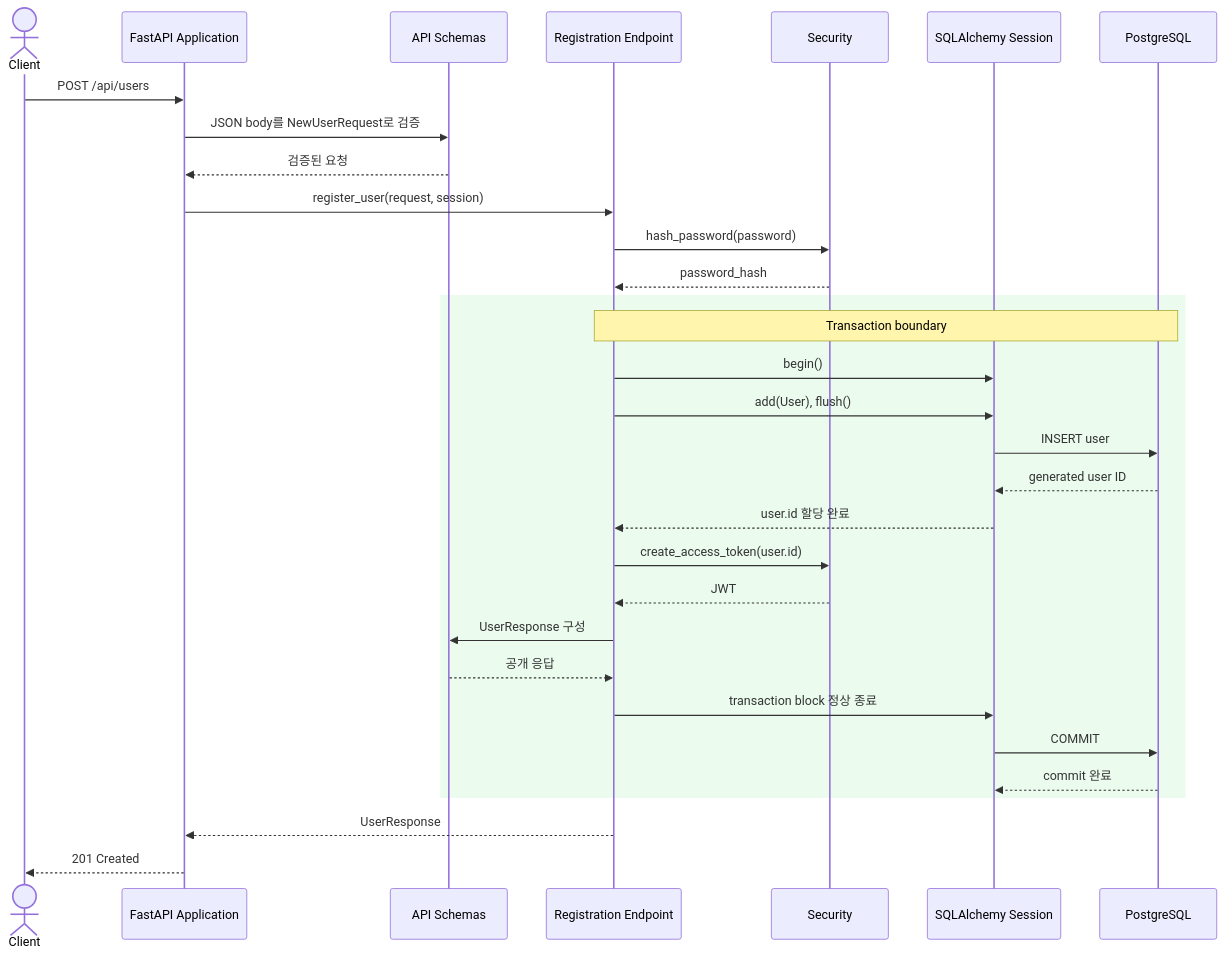
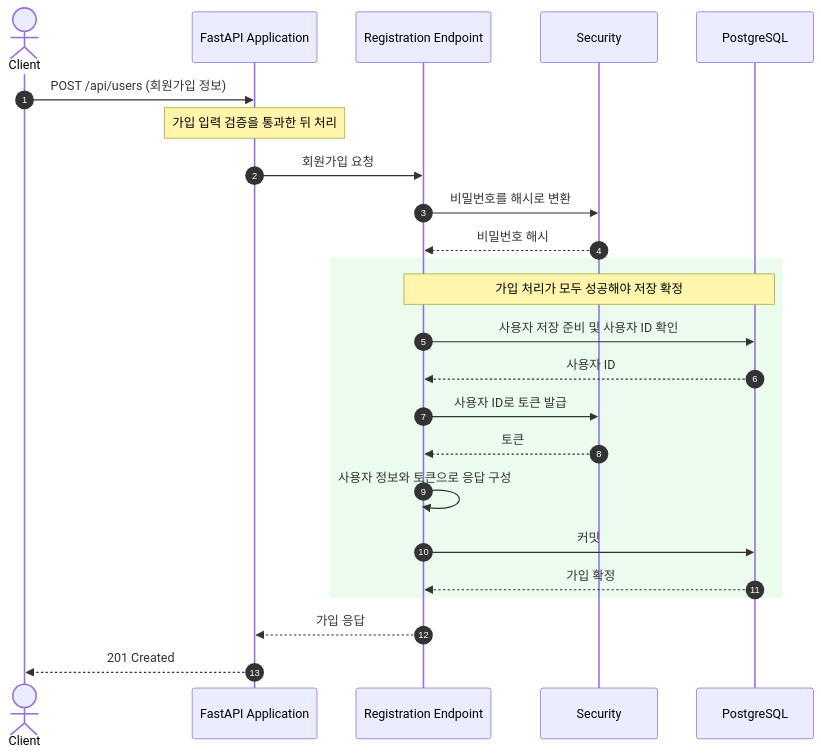
Before and after one commit to chahoseong/realworld-fastapi-backend: the diagram in docs/architecture/flows/user-registration.md, drawn with Mermaid. The commit also changed other lines of this file and 11 other files, not shown here.

Commit message:
Refactor documentation for user flows: update component responsibilities, runtime views, and scenarios for comment, favorite, follow, public profile, user login, registration, retrieval, and update processes.

````diff
--- a/docs/architecture/flows/user-registration.md
+++ b/docs/architecture/flows/user-registration.md
@@ -21,39 +23,27 @@
 ```mermaid
 sequenceDiagram
+    autonumber
     actor Client
     participant App as FastAPI Application
-    participant Schemas as API Schemas
     participant Endpoint as Registration Endpoint
     participant Security
-    participant Session as SQLAlchemy Session
-    participant Database as PostgreSQL
+    participant DB as PostgreSQL
 
-    Client->>App: POST /api/users
-    App->>Schemas: JSON body를 NewUserRequest로 검증
-    Schemas-->>App: 검증된 요청
-    App->>Endpoint: register_user(request, session)
-
-    Endpoint->>Security: hash_password(password)
-    Security-->>Endpoint: password_hash
-
+    Client->>App: POST /api/users (회원가입 정보)
+    Note over App: 가입 입력 검증을 통과한 뒤 처리
+    App->>Endpoint: 회원가입 요청
+    Endpoint->>Security: 비밀번호를 해시로 변환
+    Security-->>Endpoint: 비밀번호 해시
     rect rgb(235, 251, 238)
-        Note over Endpoint,Database: Transaction boundary
-        Endpoint->>Session: begin()
-        Endpoint->>Session: add(User), flush()
-        Session->>Database: INSERT user
-        Database-->>Session: generated user ID
-        Session-->>Endpoint: user.id 할당 완료
-
-        Endpoint->>Security: create_access_token(user.id)
-        Security-->>Endpoint: JWT
-        Endpoint->>Schemas: UserResponse 구성
-        Schemas-->>Endpoint: 공개 응답
-
-        Endpoint->>Session: transaction block 정상 종료
-        Session->>Database: COMMIT
-        Database-->>Session: commit 완료
+        Note over Endpoint,DB: 가입 처리가 모두 성공해야 저장 확정
+        Endpoint->>DB: 사용자 저장 준비 및 사용자 ID 확인
+        DB-->>Endpoint: 사용자 ID
+        Endpoint->>Security: 사용자 ID로 토큰 발급
+        Security-->>Endpoint: 토큰
+        Endpoint->>Endpoint: 사용자 정보와 토큰으로 응답 구성
+        Endpoint->>DB: 커밋
+        DB-->>Endpoint: 가입 확정
     end
-
-    Endpoint-->>App: UserResponse
+    Endpoint-->>App: 가입 응답
     App-->>Client: 201 Created
 ```
````
